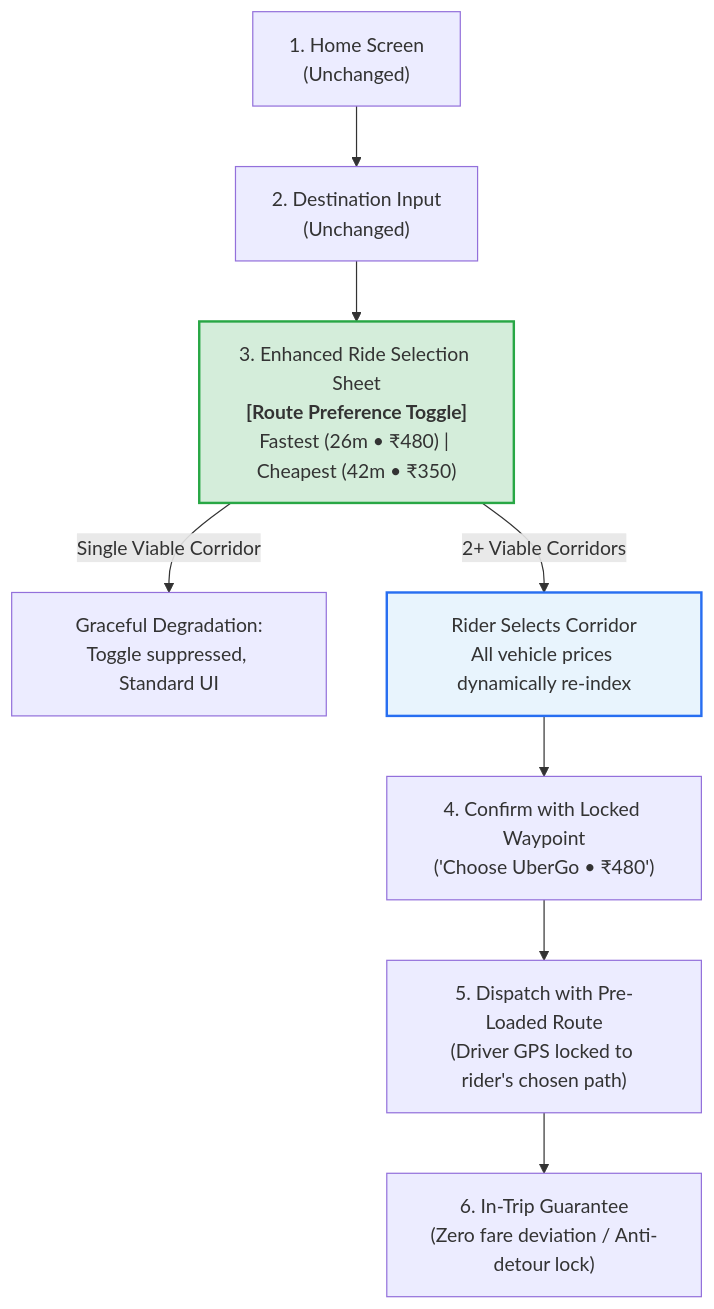
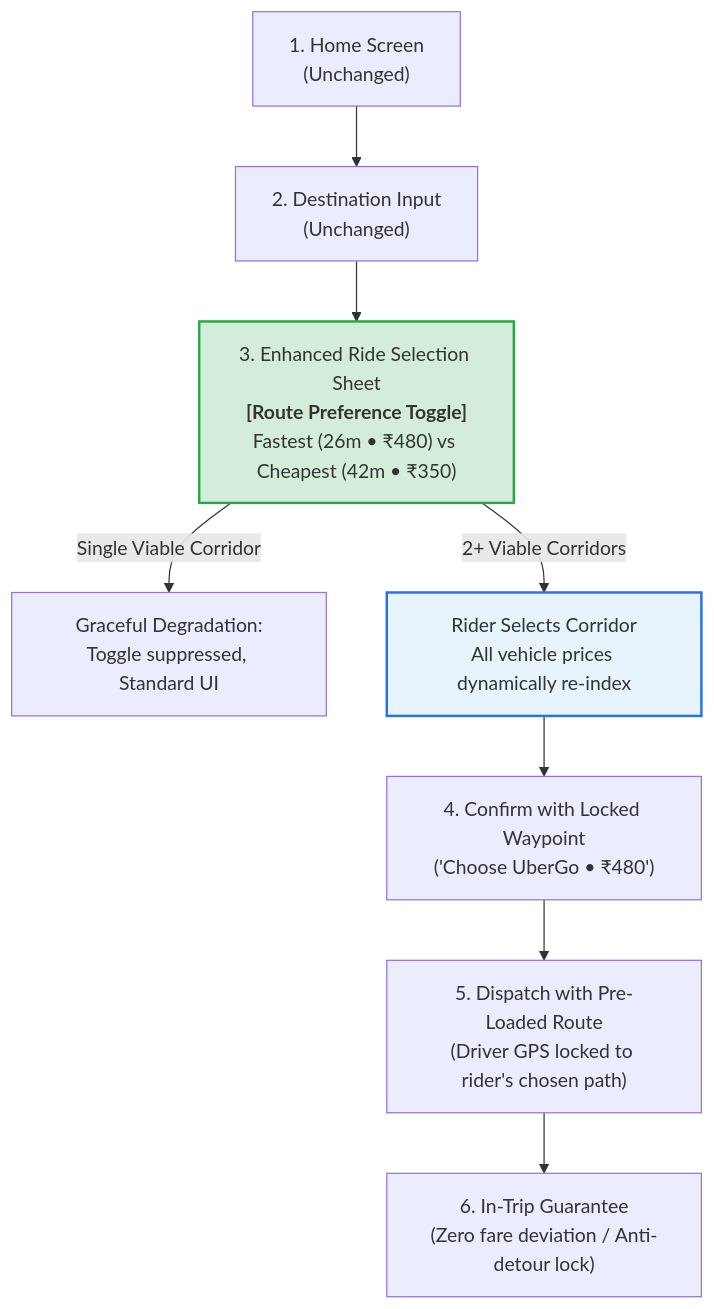
One commit to jaiviksedsvit-coder/uber-india-smart-route-selection changed the second of 2 diagrams in docs/01_product_spec/App_Flow_Comparison.md. Above: the diagram before and after it, drawn with Mermaid. The commit also changed 3 other files, not shown here.

Commit message:
fix(docs): resolve Mermaid syntax parsing errors across sequence and journey diagrams

````diff
--- a/docs/01_product_spec/App_Flow_Comparison.md
+++ b/docs/01_product_spec/App_Flow_Comparison.md
@@ -62,13 +62,13 @@
 ```mermaid
 flowchart TD
     A["1. Home Screen<br/>(Unchanged)"] --> B["2. Destination Input<br/>(Unchanged)"]
-    B --> C["3. Enhanced Ride Selection Sheet<br/><b>[Route Preference Toggle]</b><br/>Fastest (26m • ₹480) | Cheapest (42m • ₹350)"]
+    B --> C["3. Enhanced Ride Selection Sheet<br/><b>[Route Preference Toggle]</b><br/>Fastest (26m • ₹480) vs Cheapest (42m • ₹350)"]
     C -->|Single Viable Corridor| C1["Graceful Degradation:<br/>Toggle suppressed, Standard UI"]
     C -->|2+ Viable Corridors| C2["Rider Selects Corridor<br/>All vehicle prices dynamically re-index"]
     C2 --> D["4. Confirm with Locked Waypoint<br/>('Choose UberGo • ₹480')"]
     D --> E["5. Dispatch with Pre-Loaded Route<br/>(Driver GPS locked to rider's chosen path)"]
     E --> F["6. In-Trip Guarantee<br/>(Zero fare deviation / Anti-detour lock)"]
 
     style C fill:#d4edda,stroke:#28a745,stroke-width:2px
     style C2 fill:#e8f4fd,stroke:#276ef1,stroke-width:2px
 ```
````
